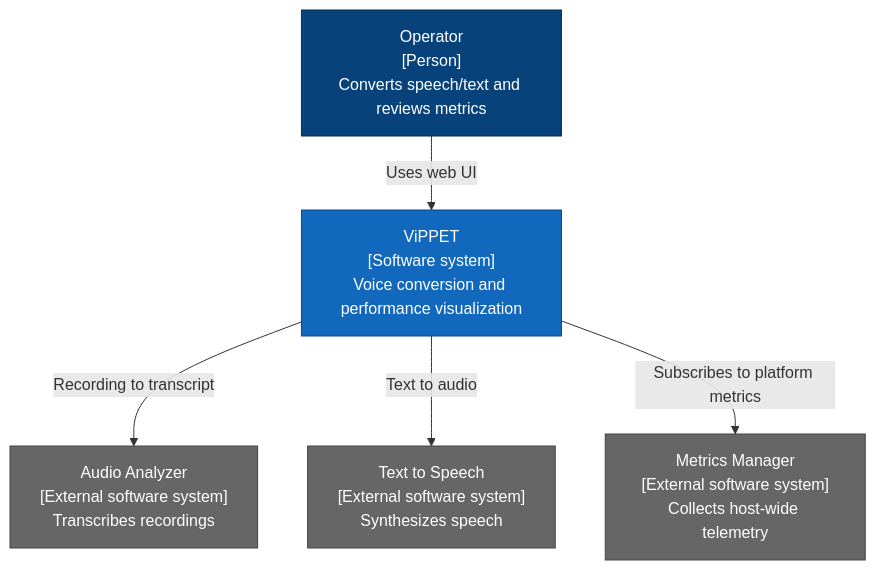
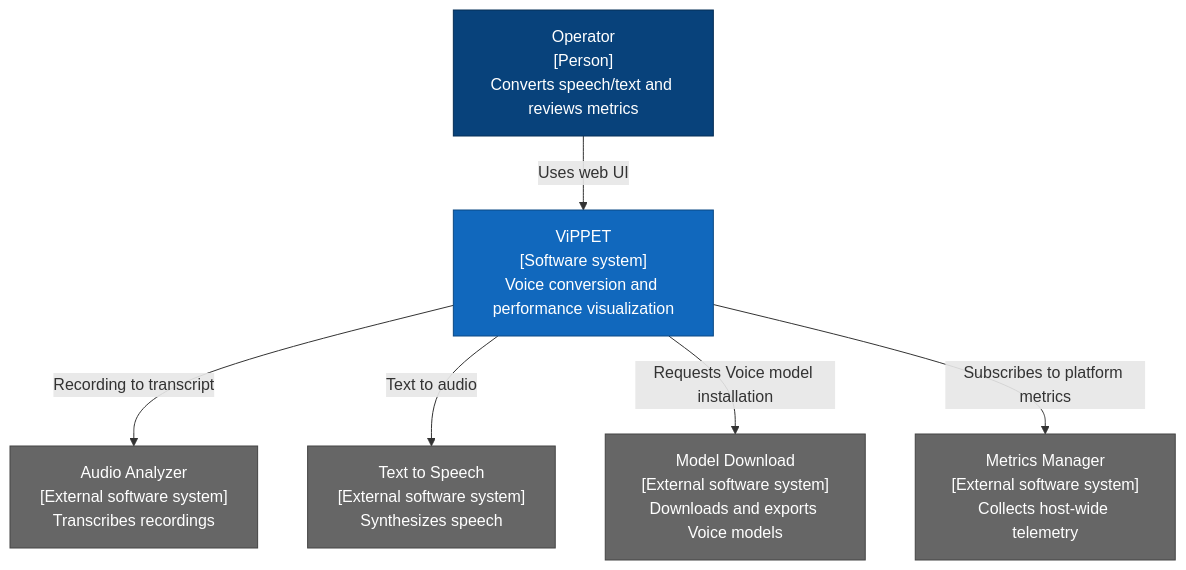
Before and after one commit to open-edge-platform/edge-ai-libraries: the first of 9 diagrams in tools/visual-pipeline-and-platform-evaluation-tool/docs/user-guide/developer-guide/voice-architecture.md, drawn with Mermaid. The commit also changed other lines of this file and 6 other files, not shown here.

````diff
--- a/tools/visual-pipeline-and-platform-evaluation-tool/docs/user-guide/developer-guide/voice-architecture.md
+++ b/tools/visual-pipeline-and-platform-evaluation-tool/docs/user-guide/developer-guide/voice-architecture.md
@@ -33,15 +33,17 @@
 ```mermaid
 flowchart TB
   operator["Operator<br/>[Person]<br/>Converts speech/text and reviews metrics"]:::person
   vippet["ViPPET<br/>[Software system]<br/>Voice conversion and performance visualization"]:::internal
   asr["Audio Analyzer<br/>[External software system]<br/>Transcribes recordings"]:::external
   tts["Text to Speech<br/>[External software system]<br/>Synthesizes speech"]:::external
+  models["Model Download<br/>[External software system]<br/>Downloads and exports Voice models"]:::external
   telemetry["Metrics Manager<br/>[External software system]<br/>Collects host-wide telemetry"]:::external
   operator -->|Uses web UI| vippet
   vippet -->|Recording to transcript| asr
   vippet -->|Text to audio| tts
+  vippet -->|Requests Voice model installation| models
   vippet -->|Subscribes to platform metrics| telemetry
   classDef person fill:#08427b,color:#fff,stroke:#052e56
   classDef internal fill:#1168bd,color:#fff,stroke:#0b4884
   classDef external fill:#666,color:#fff,stroke:#444
 ```
````
